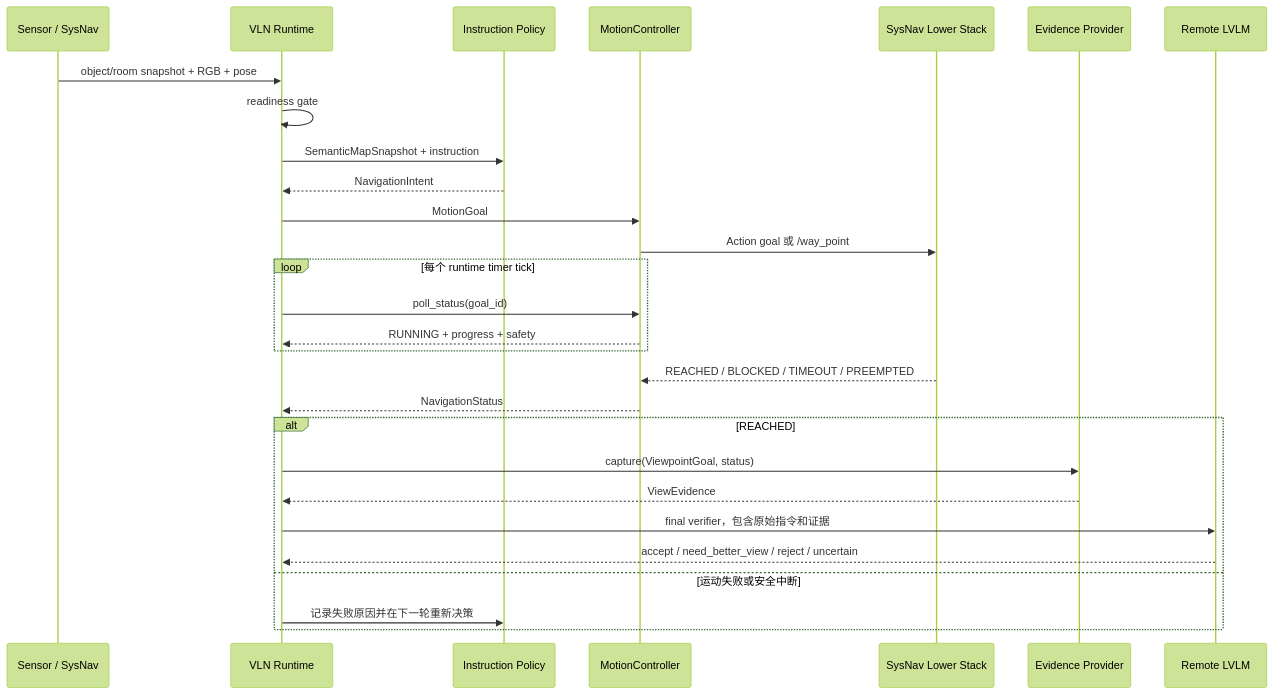
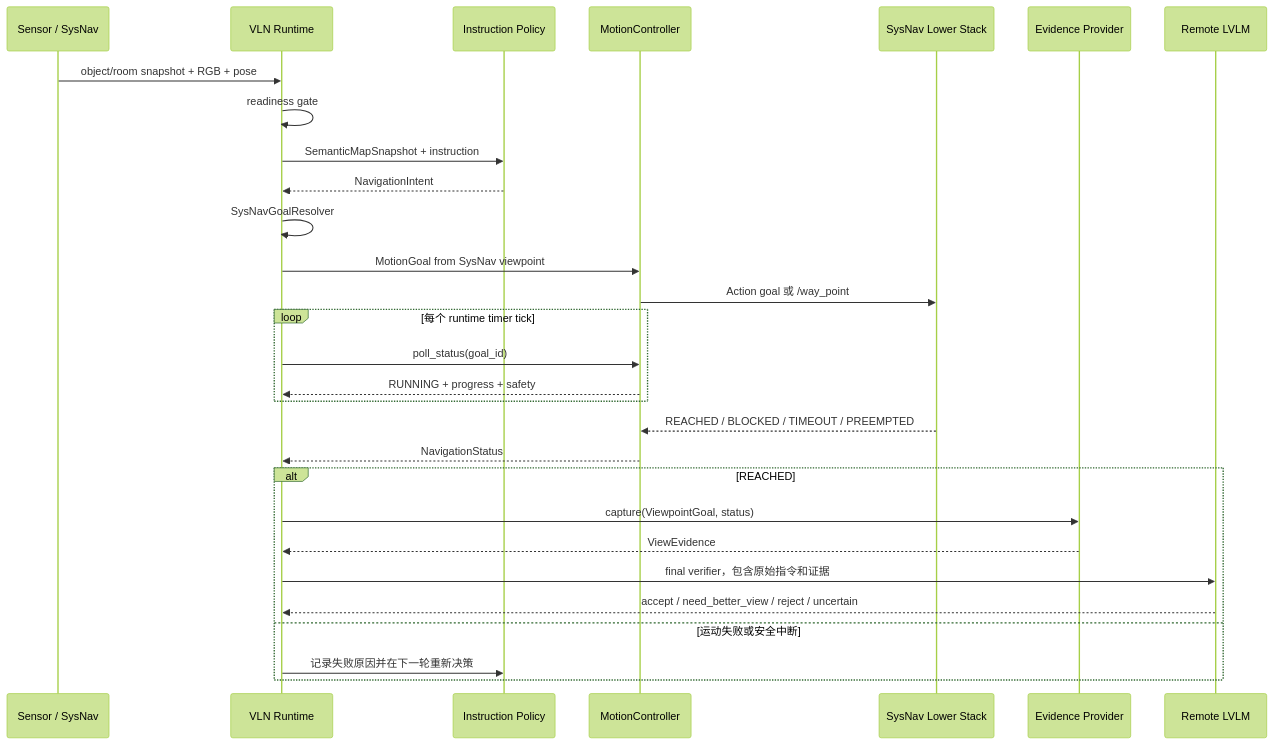
Before and after one commit to Suhao07/HuaWeiNav: the second of 2 diagrams in docs/real_robot_framework.md, drawn with Mermaid (forest theme). The commit also changed other lines of this file and 17 other files, not shown here.

Commit message:
real-robot: route semantic intents through SysNav viewpoints

````diff
--- a/docs/real_robot_framework.md
+++ b/docs/real_robot_framework.md
@@ -350,33 +366,34 @@
 ```mermaid
 sequenceDiagram
   participant Sensor as Sensor / SysNav
   participant Runtime as VLN Runtime
   participant Policy as Instruction Policy
   participant Motion as MotionController
   participant Lower as SysNav Lower Stack
   participant Evidence as Evidence Provider
   participant LVLM as Remote LVLM
 
   Sensor->>Runtime: object/room snapshot + RGB + pose
   Runtime->>Runtime: readiness gate
   Runtime->>Policy: SemanticMapSnapshot + instruction
   Policy-->>Runtime: NavigationIntent
-  Runtime->>Motion: MotionGoal
+  Runtime->>Runtime: SysNavGoalResolver
+  Runtime->>Motion: MotionGoal from SysNav viewpoint
   Motion->>Lower: Action goal 或 /way_point
 
   loop 每个 runtime timer tick
     Runtime->>Motion: poll_status(goal_id)
     Motion-->>Runtime: RUNNING + progress + safety
   end
 
   Lower-->>Motion: REACHED / BLOCKED / TIMEOUT / PREEMPTED
   Motion-->>Runtime: NavigationStatus
   alt REACHED
     Runtime->>Evidence: capture(ViewpointGoal, status)
     Evidence-->>Runtime: ViewEvidence
     Runtime->>LVLM: final verifier，包含原始指令和证据
     LVLM-->>Runtime: accept / need_better_view / reject / uncertain
   else 运动失败或安全中断
     Runtime->>Policy: 记录失败原因并在下一轮重新决策
   end
 ```
````
